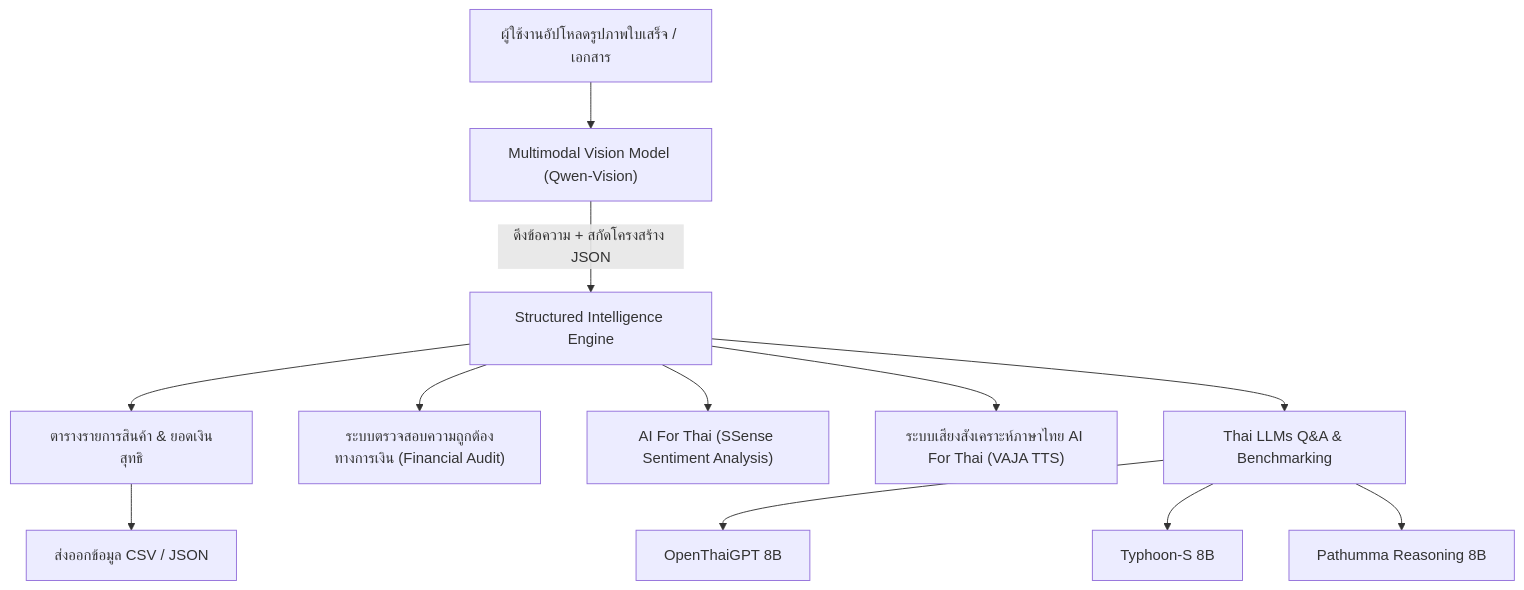
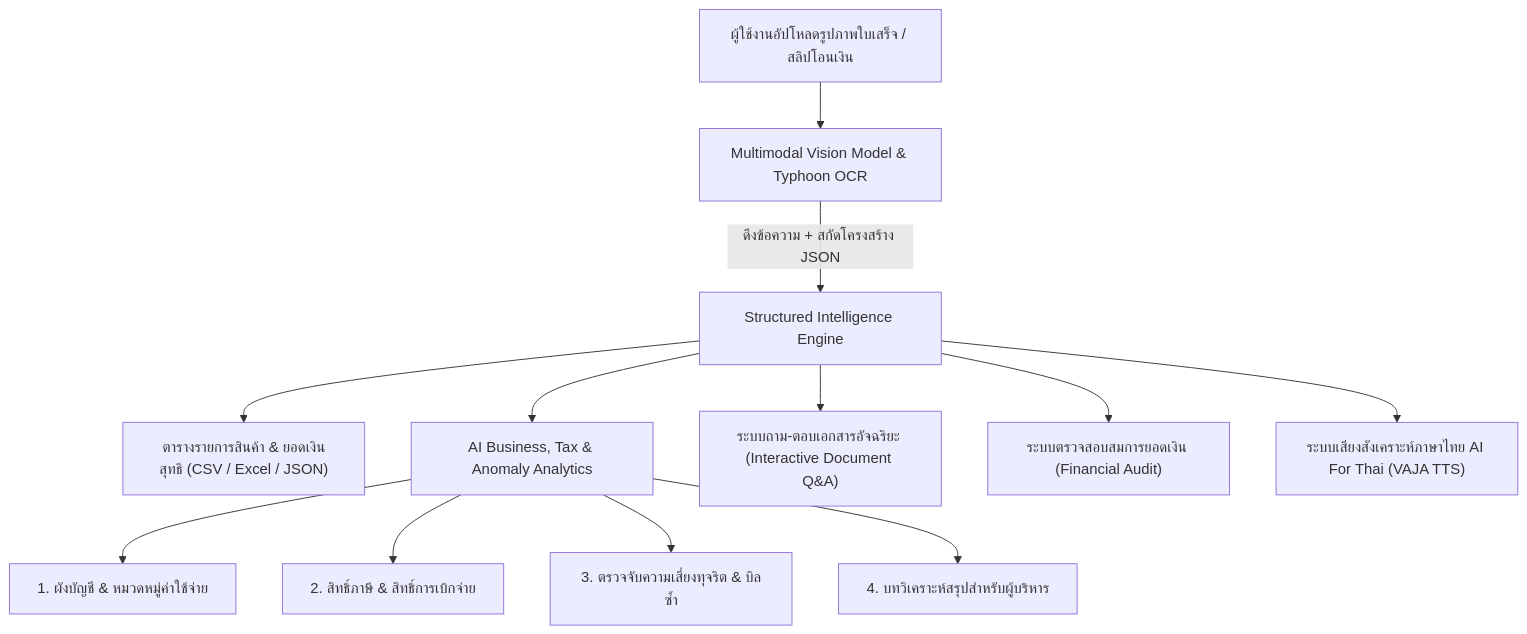
One commit to CIT006/Mini-Project-AI changed the diagram in PROJECT_REPORT.md. Above: the diagram before and after it, drawn with Mermaid. The commit also changed other lines of this file and 5 other files, not shown here.

````diff
--- a/PROJECT_REPORT.md
+++ b/PROJECT_REPORT.md
@@ -23,17 +23,16 @@
 ```mermaid
 flowchart TD
-    A["ผู้ใช้งานอัปโหลดรูปภาพใบเสร็จ / เอกสาร"] --> B["Multimodal Vision Model (Qwen-Vision)"]
+    A["ผู้ใช้งานอัปโหลดรูปภาพใบเสร็จ / สลิปโอนเงิน"] --> B["Multimodal Vision Model & Typhoon OCR"]
     B -->|"ดึงข้อความ + สกัดโครงสร้าง JSON"| C["Structured Intelligence Engine"]
     
-    C --> D["ตารางรายการสินค้า & ยอดเงินสุทธิ"]
-    C --> E["ระบบตรวจสอบความถูกต้องทางการเงิน (Financial Audit)"]
-    C --> F["AI For Thai (SSense Sentiment Analysis)"]
-    
-    D --> G["ส่งออกข้อมูล CSV / JSON"]
+    C --> D["ตารางรายการสินค้า & ยอดเงินสุทธิ (CSV / Excel / JSON)"]
+    C --> E["AI Business, Tax & Anomaly Analytics"]
+    C --> F["ระบบถาม-ตอบเอกสารอัจฉริยะ (Interactive Document Q&A)"]
+    C --> G["ระบบตรวจสอบสมการยอดเงิน (Financial Audit)"]
     C --> H["ระบบเสียงสังเคราะห์ภาษาไทย AI For Thai (VAJA TTS)"]
     
-    C --> I["Thai LLMs Q&A & Benchmarking"]
-    I --> J["OpenThaiGPT 8B"]
-    I --> K["Typhoon-S 8B"]
-    I --> L["Pathumma Reasoning 8B"]
+    E --> I["1. ผังบัญชี & หมวดหมู่ค่าใช้จ่าย"]
+    E --> J["2. สิทธิ์ภาษี & สิทธิ์การเบิกจ่าย"]
+    E --> K["3. ตรวจจับความเสี่ยงทุจริต & บิลซ้ำ"]
+    E --> L["4. บทวิเคราะห์สรุปสำหรับผู้บริหาร"]
 ```
````
